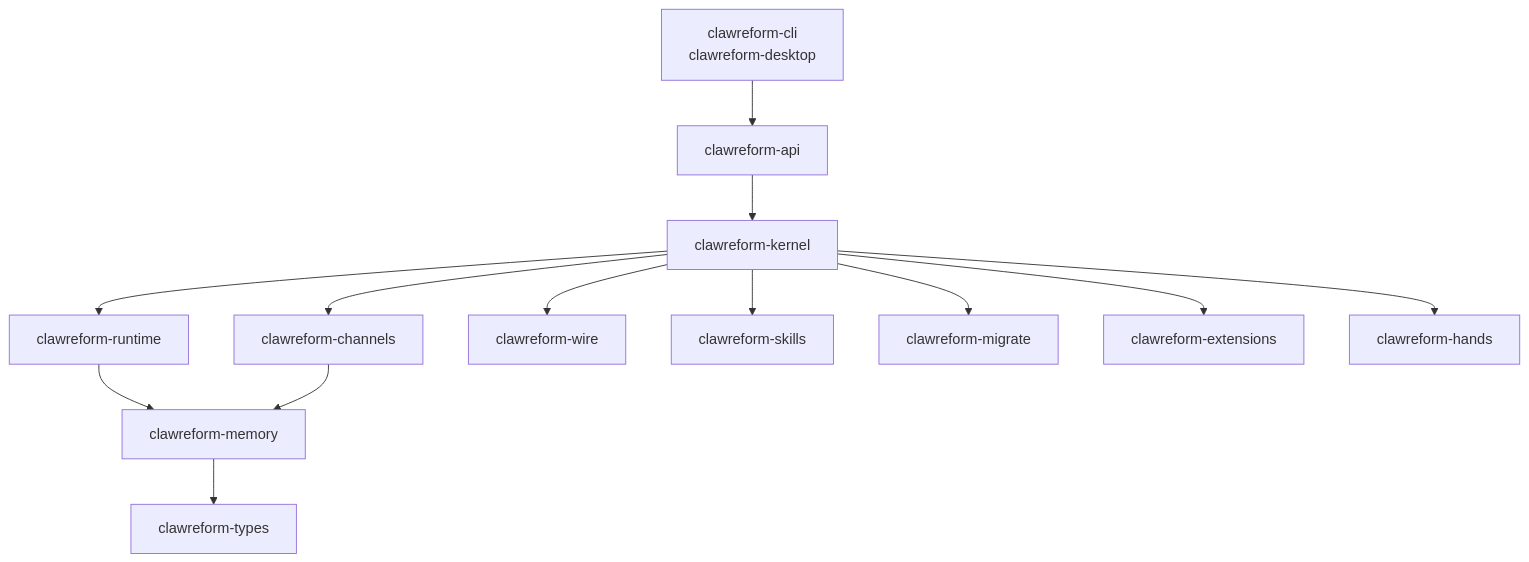
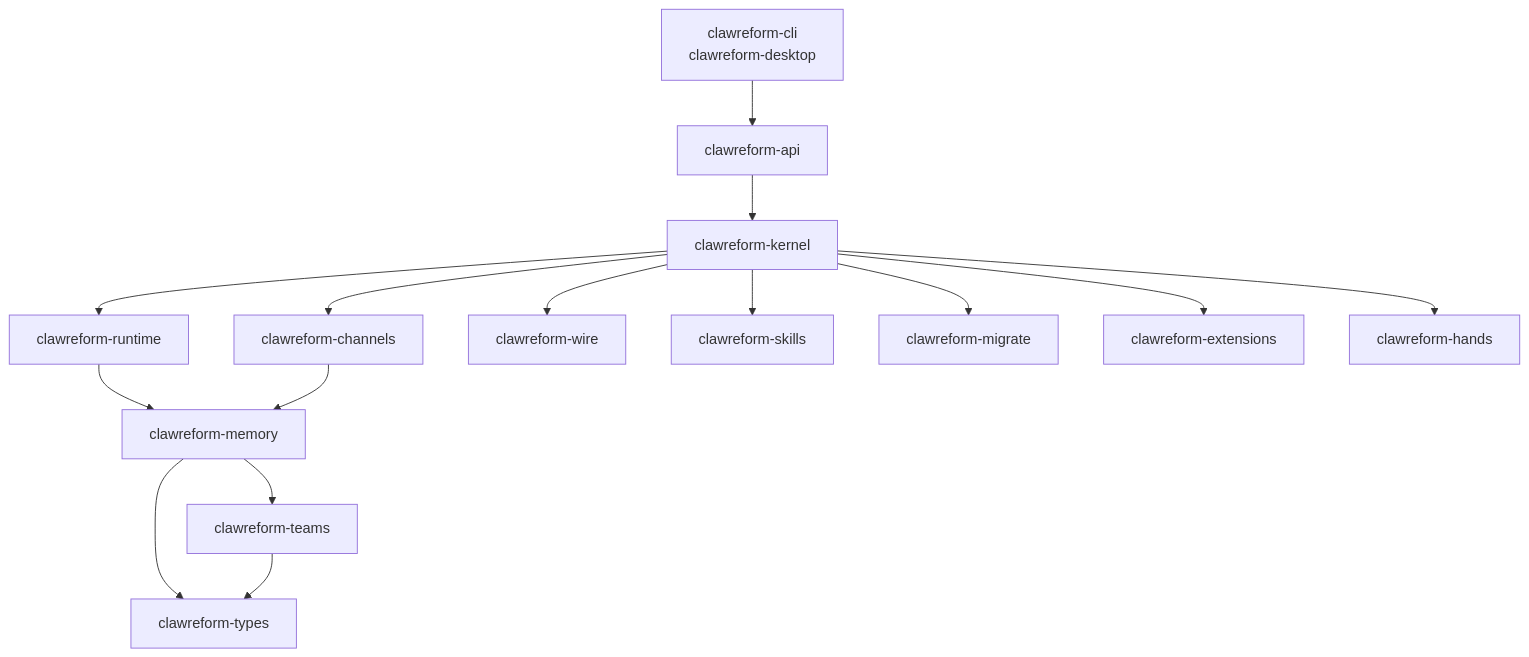
The second of 3 diagrams in README.md (aegntic/clawreform), drawn with Mermaid before and after one commit. The commit also changed other lines of this file, not shown here.

````diff
--- a/README.md
+++ b/README.md
@@ -388,15 +388,17 @@
 ```mermaid
 flowchart TD
     A["clawreform-cli\nclawreform-desktop"] --> B["clawreform-api"]
     B --> C["clawreform-kernel"]
     C --> D["clawreform-runtime"]
     C --> E["clawreform-channels"]
     C --> F["clawreform-wire"]
     C --> G["clawreform-skills"]
     C --> H["clawreform-migrate"]
     C --> I["clawreform-extensions"]
     C --> J["clawreform-hands"]
     D --> K["clawreform-memory"]
     E --> K
     K --> L["clawreform-types"]
+    K --> M["clawreform-teams"]
+    M --> L
 ```
````
